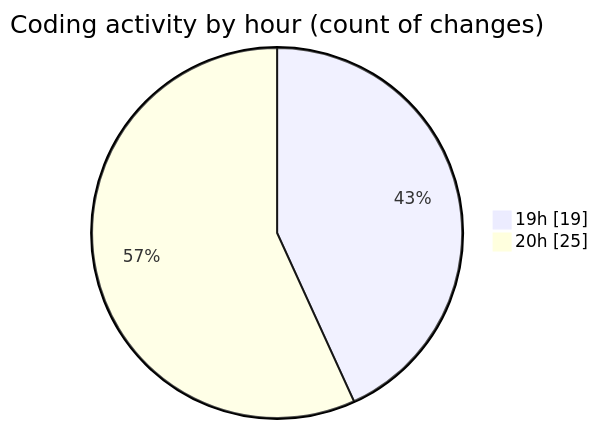
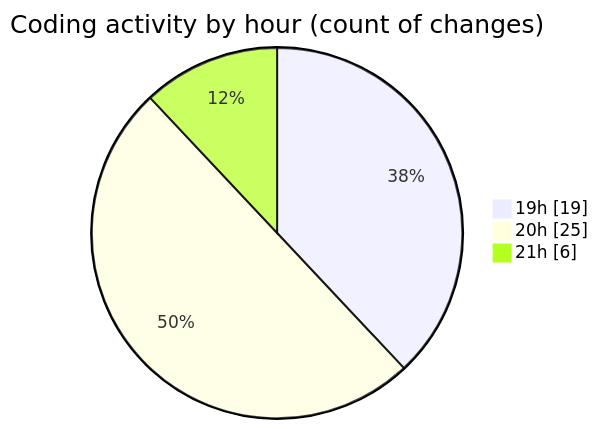
Before and after one commit to momahboobian/code-tracking: the second of 2 diagrams in 2025-05-12/news-clock-system-caspercg/README.md, drawn with Mermaid. The commit also changed other lines of this file and 1 other file, not shown here.

````diff
--- a/2025-05-12/news-clock-system-caspercg/README.md
+++ b/2025-05-12/news-clock-system-caspercg/README.md
@@ -38,6 +41,7 @@
 ```mermaid
 pie showData
 title Coding activity by hour (count of changes)
 "19h" : 19
 "20h" : 25
+"21h" : 6
 ```
````
